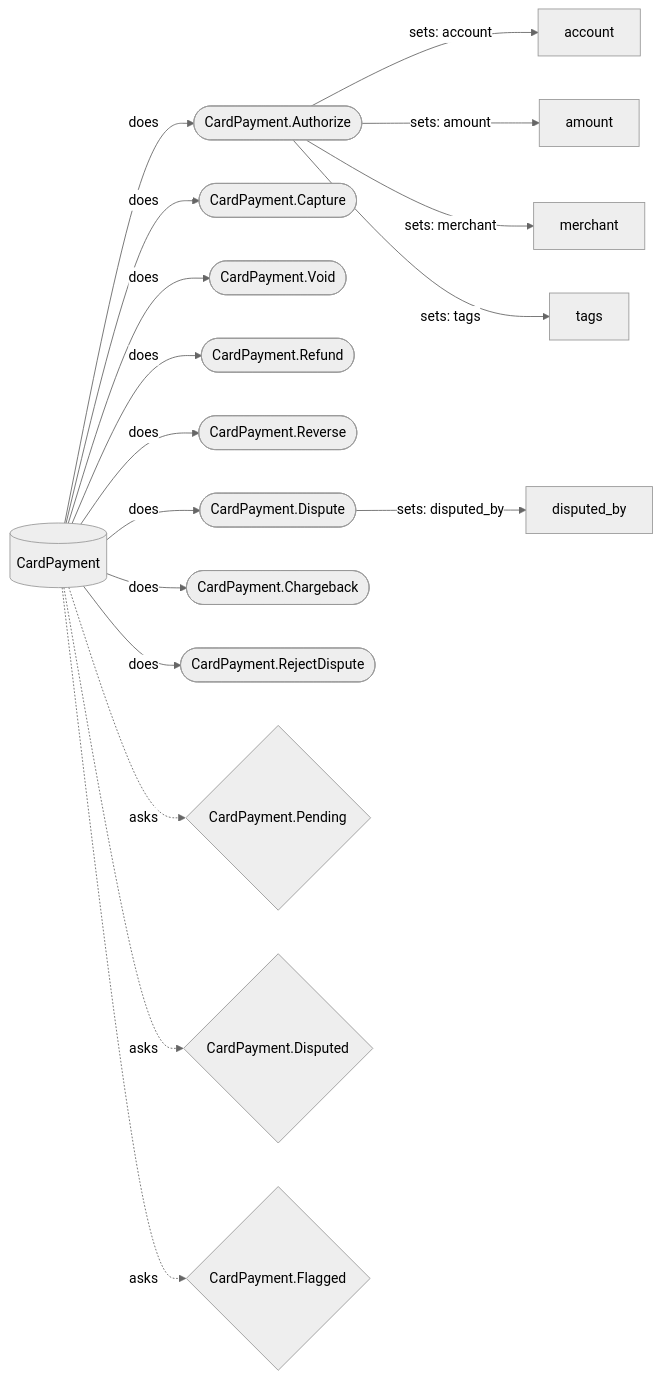
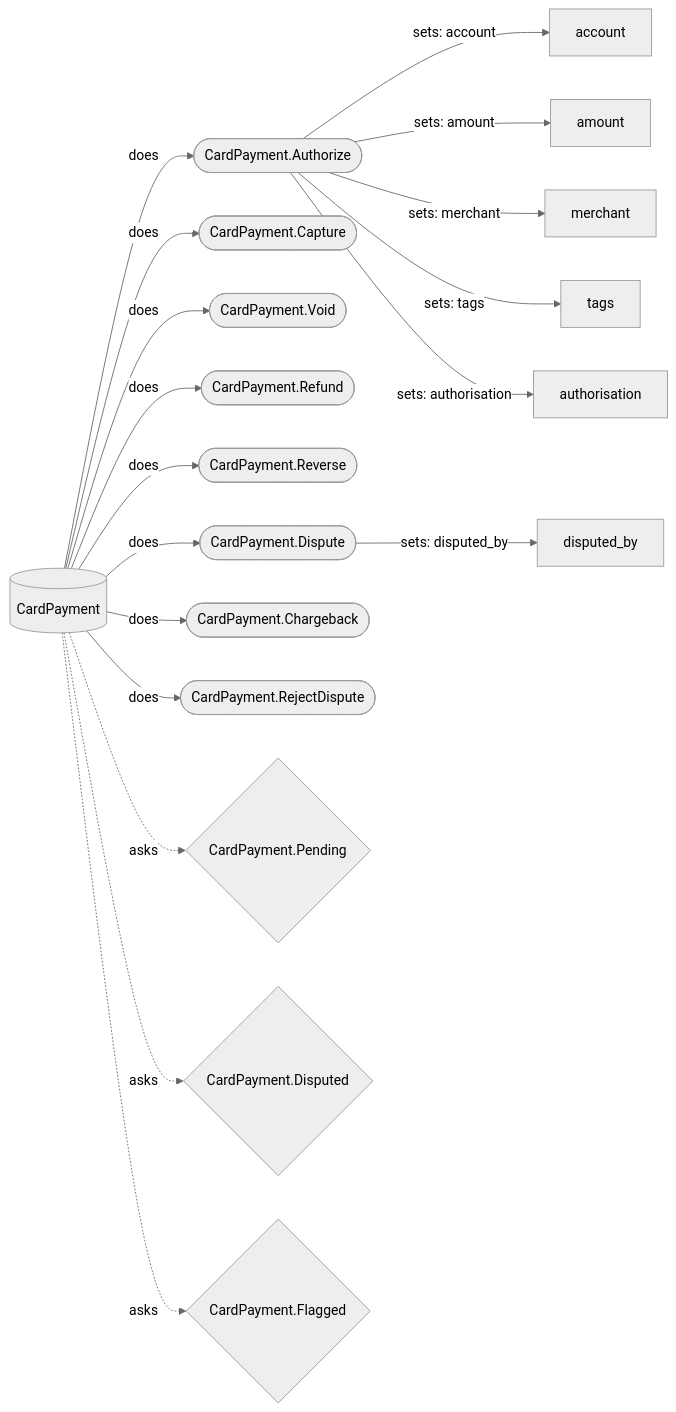
The diagram in docs/generated/diagrams/banking/CardPayment_surface.mmd (chrisyoung/hecks), drawn with Mermaid (neutral theme) before and after one commit. The commit also changed 6 other files, not shown here.

```diff
--- a/docs/generated/diagrams/banking/CardPayment_surface.mmd
+++ b/docs/generated/diagrams/banking/CardPayment_surface.mmd
@@ -1,19 +1,20 @@
 %% GENERATED by bin/project_diagrams from CardPayment's own declared commands (and what each writes) and queries — DO NOT EDIT BY HAND.
 %% Re-run `bin/project_diagrams <domain-path> Banking` after any change.
 flowchart LR
     CardPayment[(CardPayment)] -->|does| cmd_CardPayment_Authorize(["CardPayment.Authorize"])
     CardPayment[(CardPayment)] -->|does| cmd_CardPayment_Capture(["CardPayment.Capture"])
     CardPayment[(CardPayment)] -->|does| cmd_CardPayment_Void(["CardPayment.Void"])
     CardPayment[(CardPayment)] -->|does| cmd_CardPayment_Refund(["CardPayment.Refund"])
     CardPayment[(CardPayment)] -->|does| cmd_CardPayment_Reverse(["CardPayment.Reverse"])
     CardPayment[(CardPayment)] -->|does| cmd_CardPayment_Dispute(["CardPayment.Dispute"])
     CardPayment[(CardPayment)] -->|does| cmd_CardPayment_Chargeback(["CardPayment.Chargeback"])
     CardPayment[(CardPayment)] -->|does| cmd_CardPayment_RejectDispute(["CardPayment.RejectDispute"])
     cmd_CardPayment_Authorize(["CardPayment.Authorize"]) -->|"sets: account"| attr_CardPayment_account[account]
     cmd_CardPayment_Authorize(["CardPayment.Authorize"]) -->|"sets: amount"| attr_CardPayment_amount[amount]
     cmd_CardPayment_Authorize(["CardPayment.Authorize"]) -->|"sets: merchant"| attr_CardPayment_merchant[merchant]
     cmd_CardPayment_Authorize(["CardPayment.Authorize"]) -->|"sets: tags"| attr_CardPayment_tags[tags]
+    cmd_CardPayment_Authorize(["CardPayment.Authorize"]) -->|"sets: authorisation"| attr_CardPayment_authorisation[authorisation]
     cmd_CardPayment_Dispute(["CardPayment.Dispute"]) -->|"sets: disputed_by"| attr_CardPayment_disputed_by[disputed_by]
     CardPayment[(CardPayment)] -.->|asks| qry_CardPayment_Pending{"CardPayment.Pending"}
     CardPayment[(CardPayment)] -.->|asks| qry_CardPayment_Disputed{"CardPayment.Disputed"}
     CardPayment[(CardPayment)] -.->|asks| qry_CardPayment_Flagged{"CardPayment.Flagged"}
```
